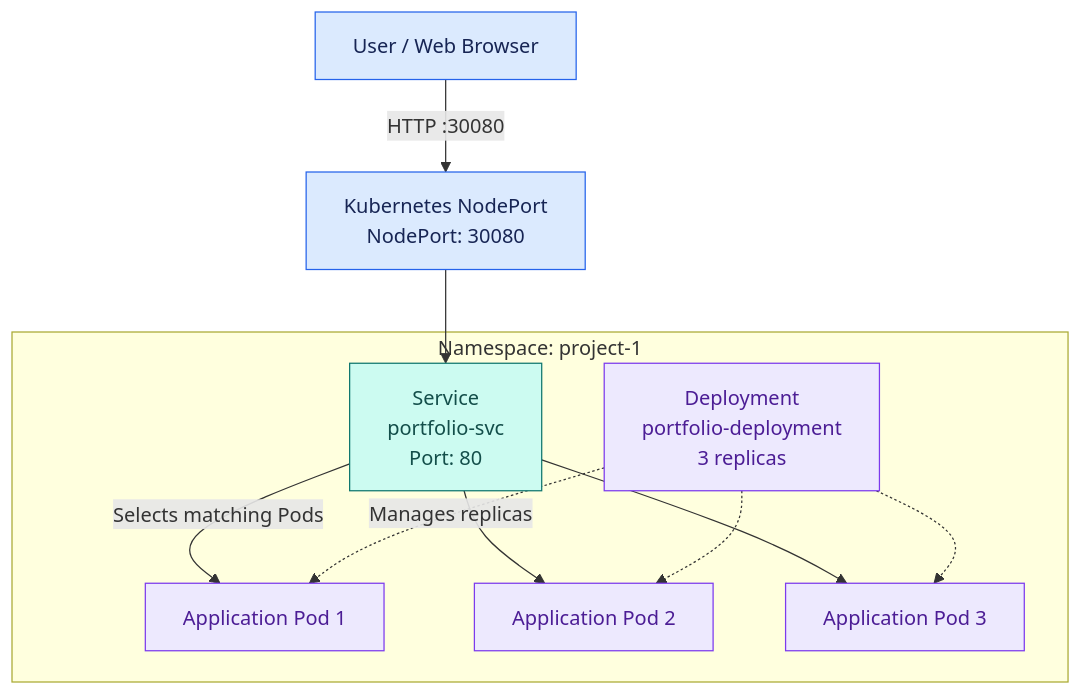
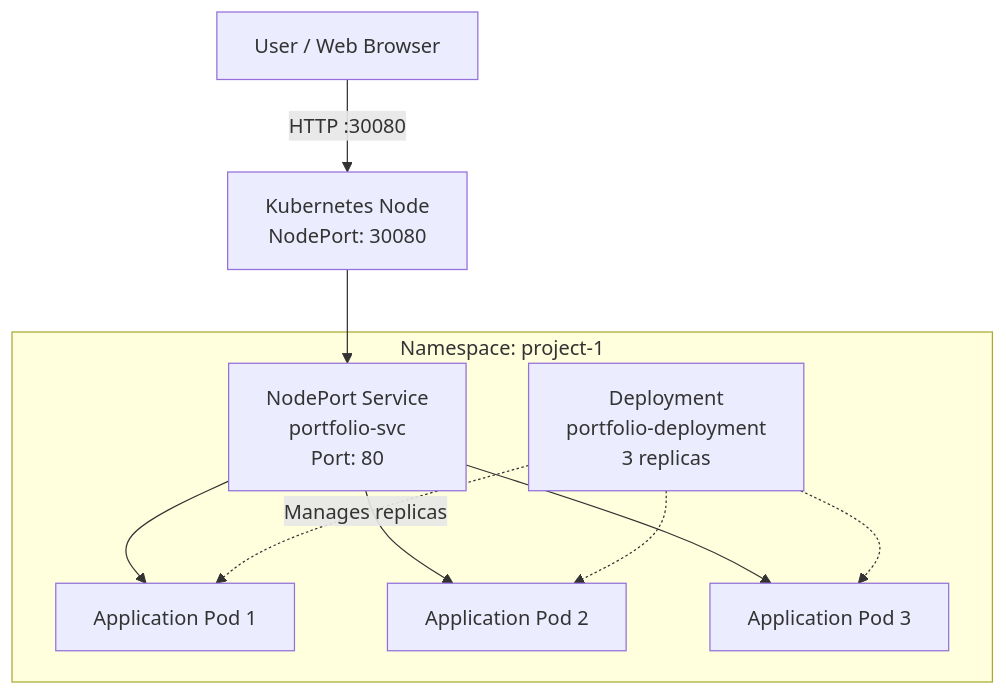
Before and after one commit to Akash-k1/kubernetes-java-webapp: the diagram in README.md, drawn with Mermaid. The commit also changed other lines of this file, not shown here.

First line of the commit message:
Finalize Kubernetes project README

````diff
--- a/README.md
+++ b/README.md
@@ -7,36 +7,28 @@
 ```mermaid
 flowchart TB
     U["User / Web Browser"]
-    NP["Kubernetes NodePort<br/>NodePort: 30080"]
-    S["Service<br/>portfolio-svc<br/>Port: 80"]
+    N["Kubernetes Node<br/>NodePort: 30080"]
+    S["NodePort Service<br/>portfolio-svc<br/>Port: 80"]
     D["Deployment<br/>portfolio-deployment<br/>3 replicas"]
     P1["Application Pod 1"]
     P2["Application Pod 2"]
     P3["Application Pod 3"]
 
-    U -->|"HTTP :30080"| NP
-    NP --> S
-    S -->|"Selects matching Pods"| P1
+    U -->|"HTTP :30080"| N
+    N --> S
+    S --> P1
     S --> P2
     S --> P3
 
     D -. "Manages replicas" .-> P1
     D -.-> P2
     D -.-> P3
 
     subgraph NS["Namespace: project-1"]
         S
         D
         P1
         P2
         P3
     end
-
-    classDef entry fill:#dbeafe,stroke:#2563eb,color:#172554
-    classDef service fill:#ccfbf1,stroke:#0f766e,color:#134e4a
-    classDef workload fill:#ede9fe,stroke:#7c3aed,color:#4c1d95
-
-    class U,NP entry
-    class S service
-    class D,P1,P2,P3 workload
 ```
````
